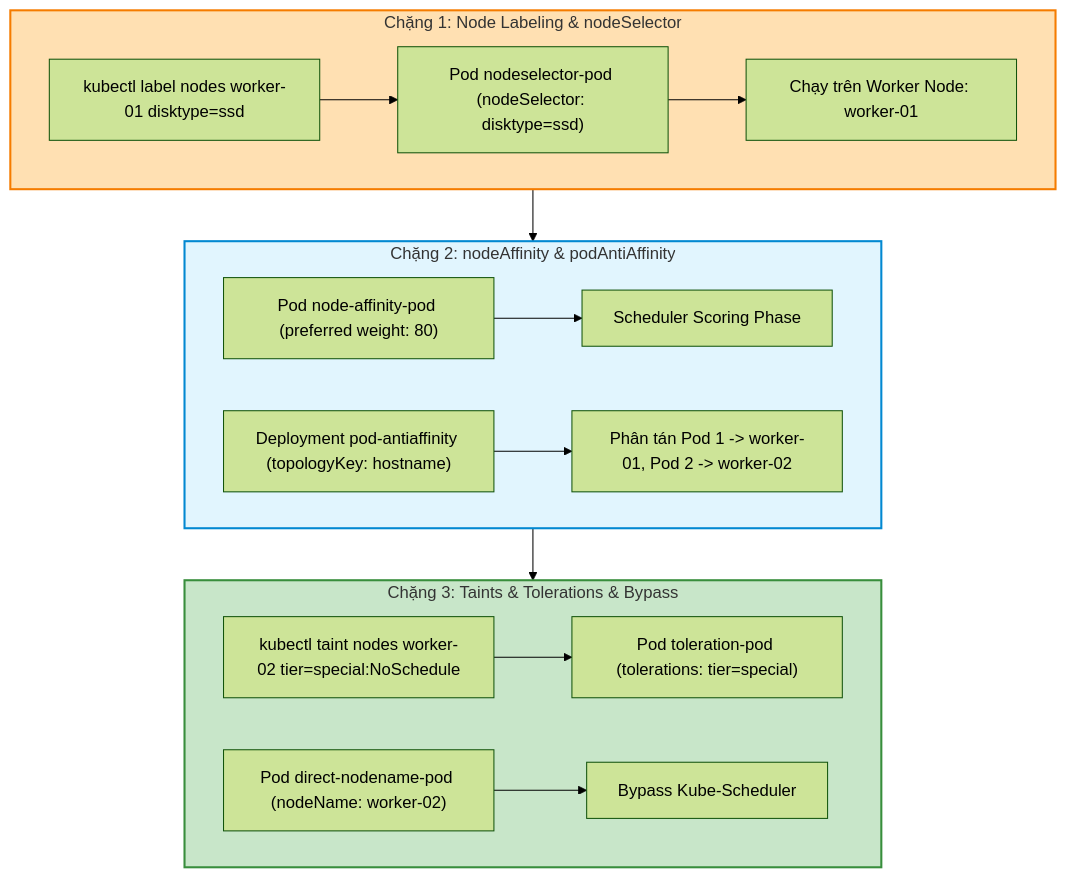
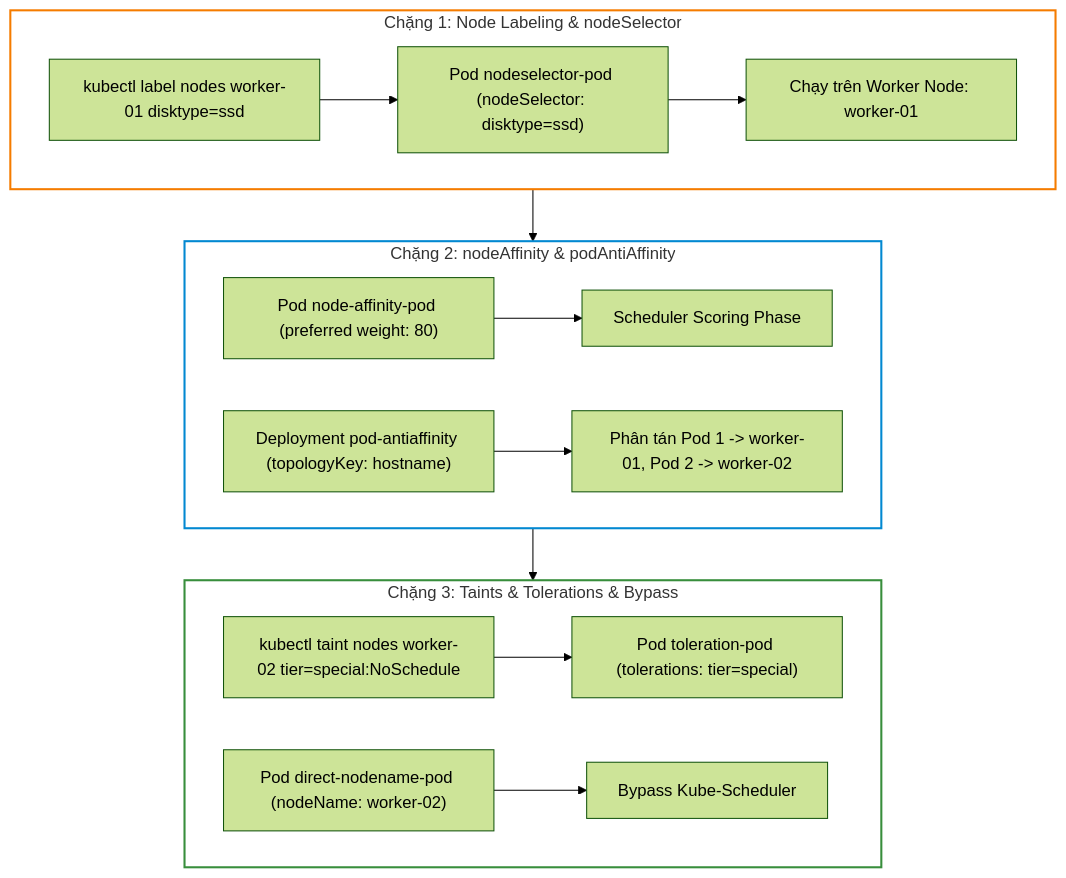
The third of 3 diagrams in _posts/2026-09-12-cka-17-17-scheduler-va-rang-buoc-dat-pod.md (kiennt308/ntk), drawn with Mermaid (forest theme) before and after one commit. The commit also changed other lines of this file and 207 other files, not shown here.

Commit message:
feat(posts): batch standardize all 208 posts with TL;DR, qa-card accordion, fill:none mermaid, and liquid raw wrappers

````diff
--- a/_posts/2026-09-12-cka-17-17-scheduler-va-rang-buoc-dat-pod.md
+++ b/_posts/2026-09-12-cka-17-17-scheduler-va-rang-buoc-dat-pod.md
@@ -522,23 +526,23 @@
 ```mermaid
 graph TD
     subgraph Node_Labeling ["Chặng 1: Node Labeling & nodeSelector"]
         LABEL["kubectl label nodes worker-01 disktype=ssd"] --> NS_POD["Pod nodeselector-pod (nodeSelector: disktype=ssd)"]
         NS_POD --> RUN_W1["Chạy trên Worker Node: worker-01"]
     end
 
     subgraph Affinity_Lab ["Chặng 2: nodeAffinity & podAntiAffinity"]
         NA_POD["Pod node-affinity-pod (preferred weight: 80)"] --> SCORE["Scheduler Scoring Phase"]
         PAA_DEP["Deployment pod-antiaffinity (topologyKey: hostname)"] --> SPREAD["Phân tán Pod 1 -> worker-01, Pod 2 -> worker-02"]
     end
 
     subgraph Taint_Lab ["Chặng 3: Taints & Tolerations & Bypass"]
         TAINT["kubectl taint nodes worker-02 tier=special:NoSchedule"] --> TOL_POD["Pod toleration-pod (tolerations: tier=special)"]
         BYPASS["Pod direct-nodename-pod (nodeName: worker-02)"] --> DIRECT["Bypass Kube-Scheduler"]
     end
 
     Node_Labeling --> Affinity_Lab --> Taint_Lab
 
-    style Node_Labeling fill:#ffe0b2,stroke:#f57c00,stroke-width:2px
-    style Affinity_Lab fill:#e1f5fe,stroke:#0288d1,stroke-width:2px
-    style Taint_Lab fill:#c8e6c9,stroke:#388e3c,stroke-width:2px
+    style Node_Labeling fill:none,stroke:#f57c00,stroke-width:2px
+    style Affinity_Lab fill:none,stroke:#0288d1,stroke-width:2px
+    style Taint_Lab fill:none,stroke:#388e3c,stroke-width:2px
 ```
````
